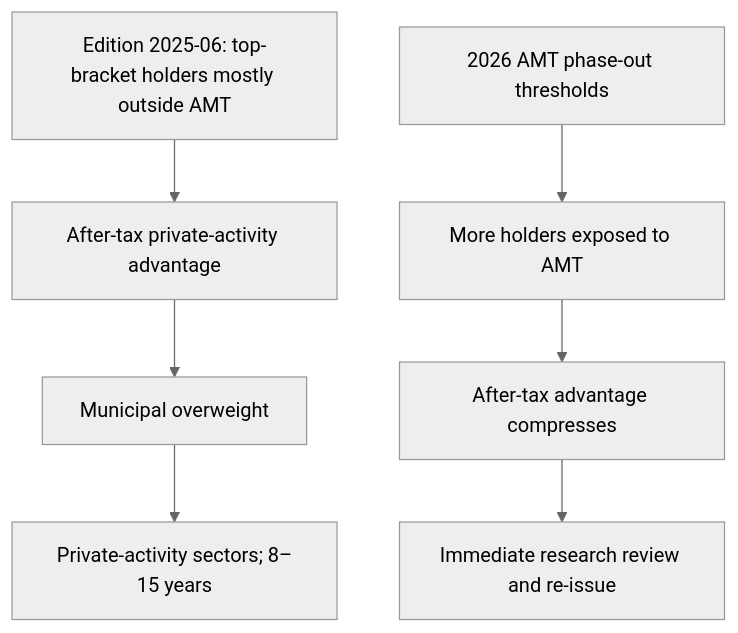
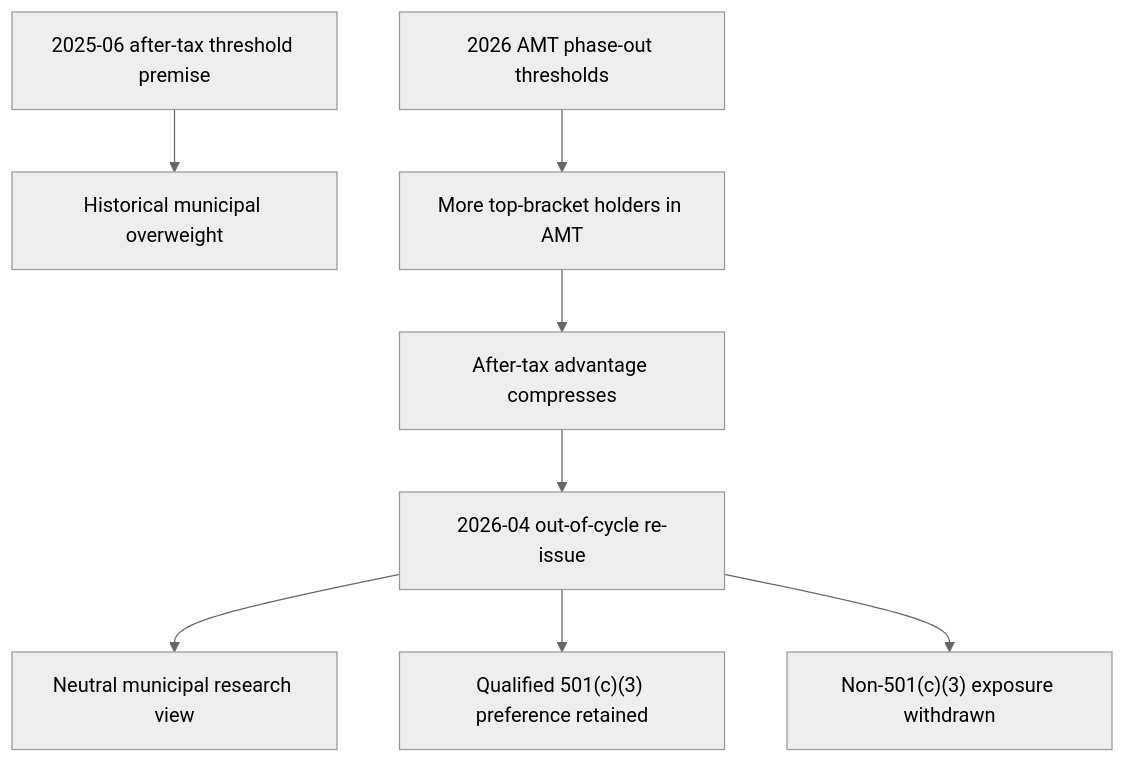
One commit to xuro-langchain/wealth-research-corpus changed the diagram in openwiki/research/fixed-income/municipal-credit-and-ig-funding.md. Above: the diagram before and after it, drawn with Mermaid (neutral theme). The commit also changed other lines of this file and 17 other files, not shown here.

````diff
--- a/openwiki/research/fixed-income/municipal-credit-and-ig-funding.md
+++ b/openwiki/research/fixed-income/municipal-credit-and-ig-funding.md
@@ -37,9 +41,10 @@
 ```mermaid
 flowchart TD
-    M2["Edition 2025-06: top-bracket holders mostly outside AMT"] --> TaxCase["After-tax private-activity advantage"]
-    TaxCase --> OW["Municipal overweight"]
-    N3["2026 AMT phase-out thresholds"] --> MoreAMT["More holders exposed to AMT"]
-    MoreAMT --> Loss["After-tax advantage compresses"]
-    Loss --> Review["Immediate research review and re-issue"]
-    OW --> Expr["Private-activity sectors; 8–15 years"]
+    Prior["2025-06 after-tax threshold premise"] --> Overweight["Historical municipal overweight"]
+    Thresholds["2026 AMT phase-out thresholds"] --> AMT["More top-bracket holders in AMT"]
+    AMT --> Compression["After-tax advantage compresses"]
+    Compression --> Reissue["2026-04 out-of-cycle re-issue"]
+    Reissue --> Neutral["Neutral municipal research view"]
+    Reissue --> Qualified["Qualified 501(c)(3) preference retained"]
+    Reissue --> Withdraw["Non-501(c)(3) exposure withdrawn"]
 ```
````
